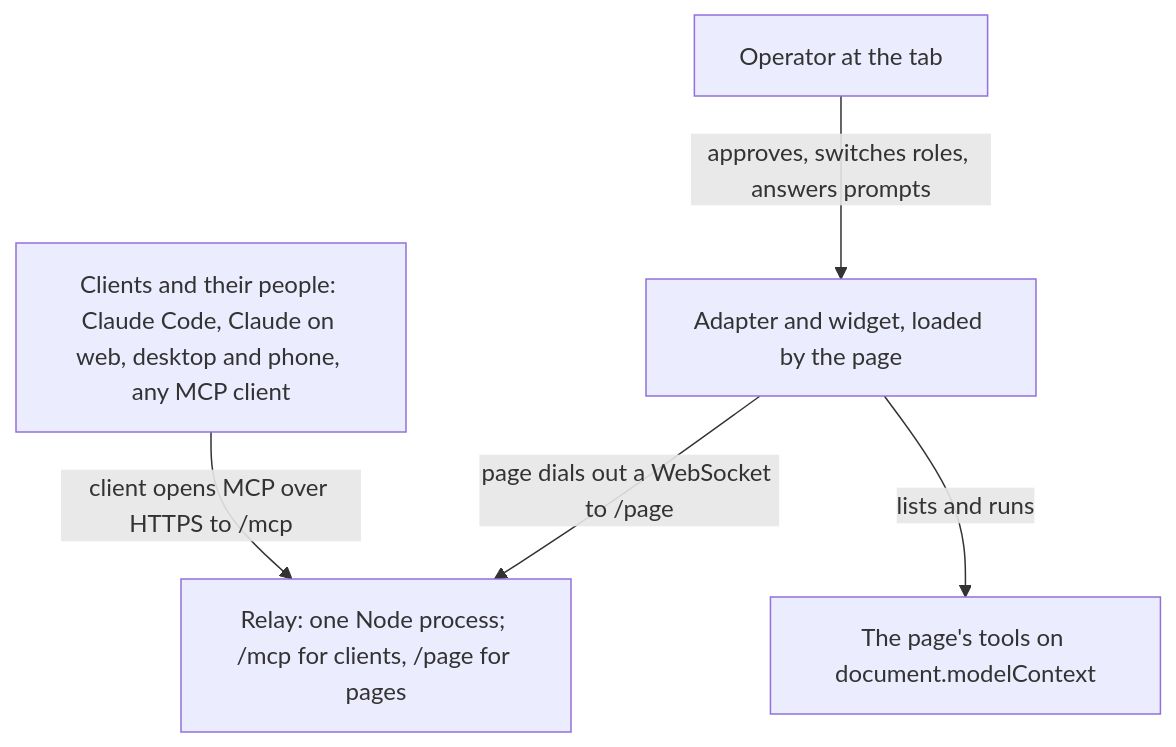
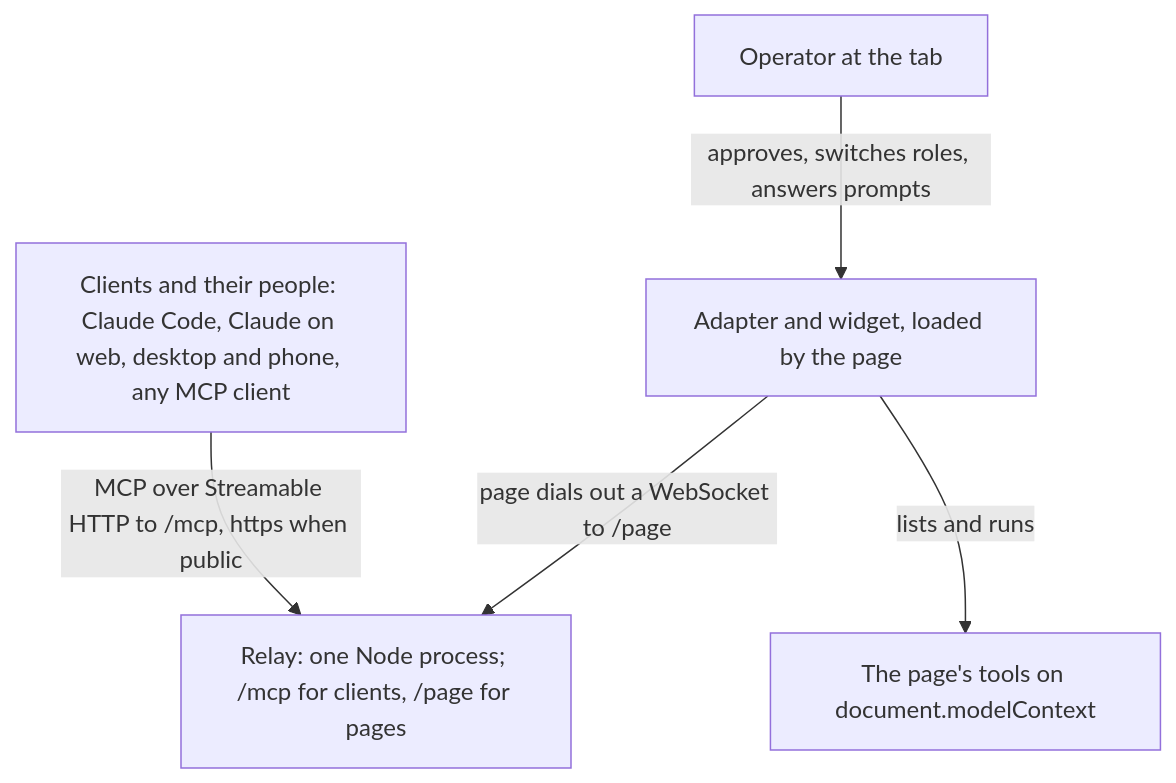
Before and after one commit to PaulMRamirez/tabdock: the first of 3 diagrams in docs/guide/01-concepts.md, drawn with Mermaid. The commit also changed other lines of this file and 26 other files, not shown here.

````diff
--- a/docs/guide/01-concepts.md
+++ b/docs/guide/01-concepts.md
@@ -7,12 +7,12 @@
 ```mermaid
 flowchart TB
   people["Clients and their people: Claude Code, Claude on web, desktop and phone, any MCP client"]
   relay["Relay: one Node process; /mcp for clients, /page for pages"]
   adapter["Adapter and widget, loaded by the page"]
   tools["The page's tools on document.modelContext"]
   operator["Operator at the tab"]
-  people -->|"client opens MCP over HTTPS to /mcp"| relay
+  people -->|"MCP over Streamable HTTP to /mcp, https when public"| relay
   adapter -->|"page dials out a WebSocket to /page"| relay
   adapter -->|"lists and runs"| tools
   operator -->|"approves, switches roles, answers prompts"| adapter
 ```
````
